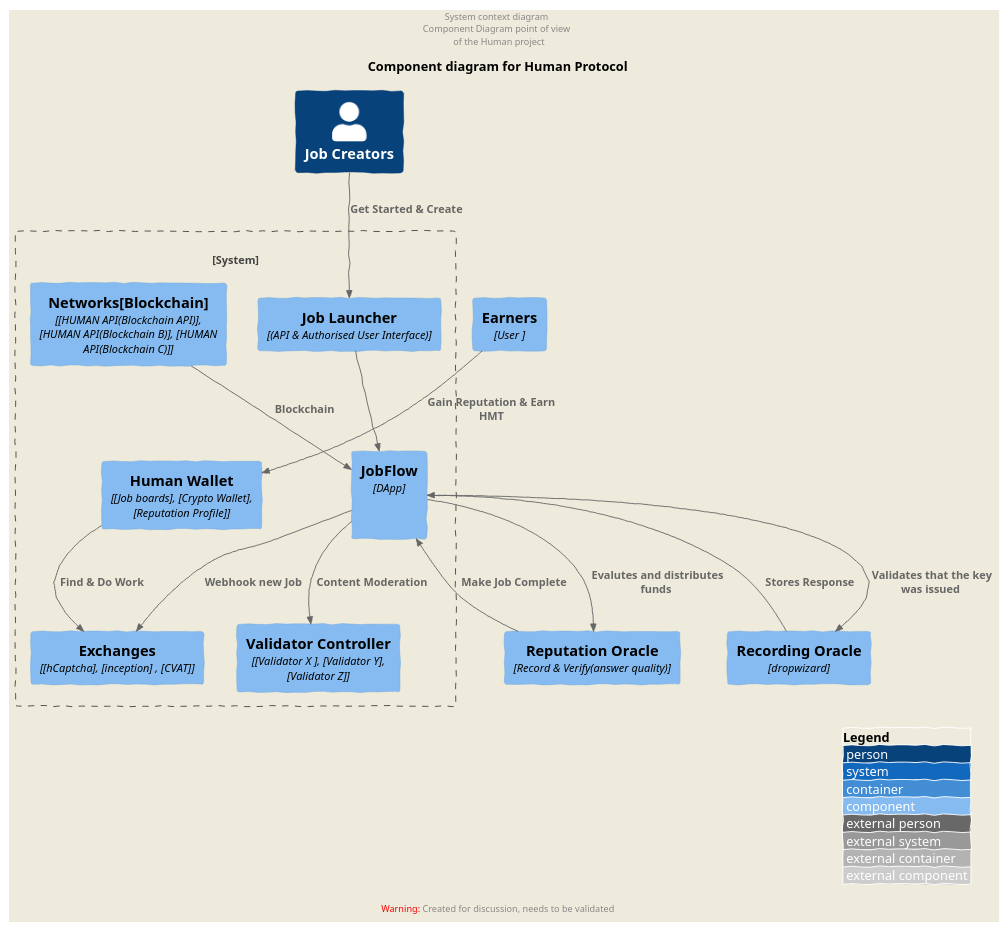
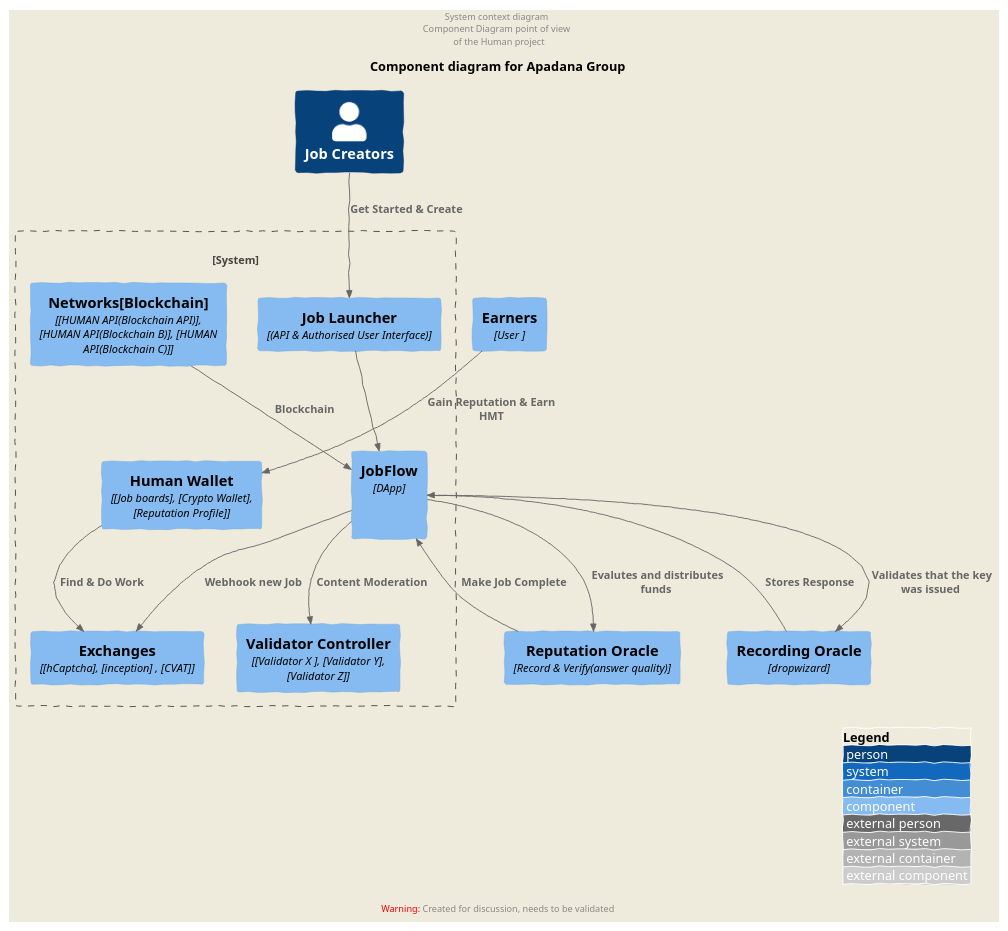
One commit to ckanyemba/Architecture-Document changed the diagram in Diagrams/C4_Component.puml. Above: the diagram before and after it, drawn with PlantUML.

```diff
--- a/Diagrams/C4_Component.puml
+++ b/Diagrams/C4_Component.puml
@@ -1,39 +1,39 @@
 @startuml
 
 '!includeurl https://raw.githubusercontent.com/RicardoNiepel/C4-PlantUML/master/C4_Component.puml
 !include <c4/C4_Component.puml> 
 
 LAYOUT_AS_SKETCH()
 LAYOUT_TOP_DOWN()
 
-title Component diagram for Human Protocol
+title Component diagram for Apadana Group
 
 header System context diagram \nComponent Diagram point of view \n of the Human project
 LAYOUT_WITH_LEGEND()
 
 Person(creators, "Job Creators", "")
 System_Boundary(system, " "){
     Component(interface, "Job Launcher", "(API & Authorised User Interface)")
     Component(human, "JobFlow", "DApp", " ")
     Component(humanapi, "Networks[Blockchain]", "[HUMAN API(Blockchain API)], [HUMAN API(Blockchain B)], [HUMAN API(Blockchain C)]")
     Component(exchanges, "Exchanges", "[hCaptcha], [inception] , [CVAT]")
     Component(humanService, "Human Wallet", "[Job boards], [Crypto Wallet], [Reputation Profile]")
     Component(validator, "Validator Controller", "[Validator X ], [Validator Y], [Validator Z]")
 }
   Component(reporacle, "Reputation Oracle", "Record & Verify(answer quality)")
   Component(recoracle, "Recording Oracle", "dropwizard")
   Component(earners, "Earners", "User ")
 
 Rel(humanapi, human, "Blockchain")
 Rel(interface, human, " ")
 Rel(recoracle, human, " Stores Response")
 Rel(human, recoracle, " Validates that the key was issued")
 Rel(human, validator, "Content Moderation")
 Rel(creators, interface, "Get Started & Create ")
 Rel(human, reporacle, " Evalutes and distributes funds")
 Rel(humanService, exchanges, "Find & Do Work")
 Rel(human, exchanges, "Webhook new Job")
 Rel(earners, humanService, "Gain Reputation & Earn HMT")
 Rel(reporacle, human, "Make Job Complete")
 
 @enduml 
```
